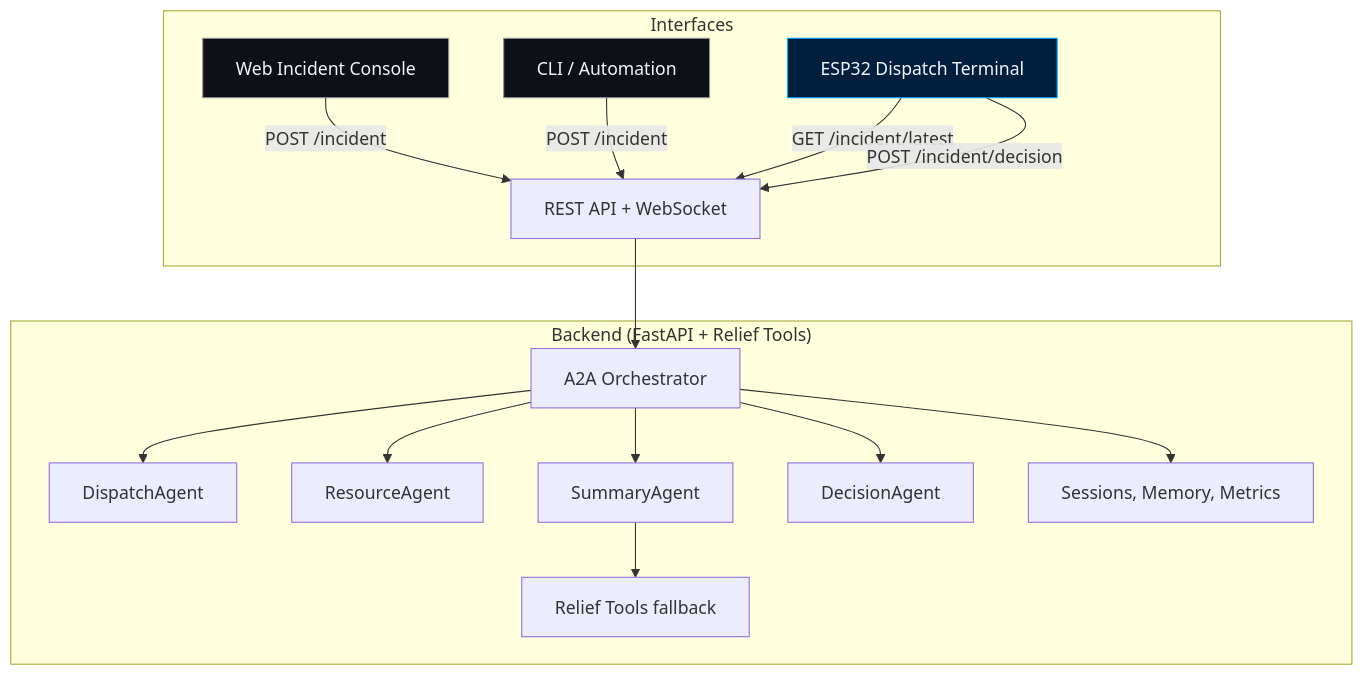
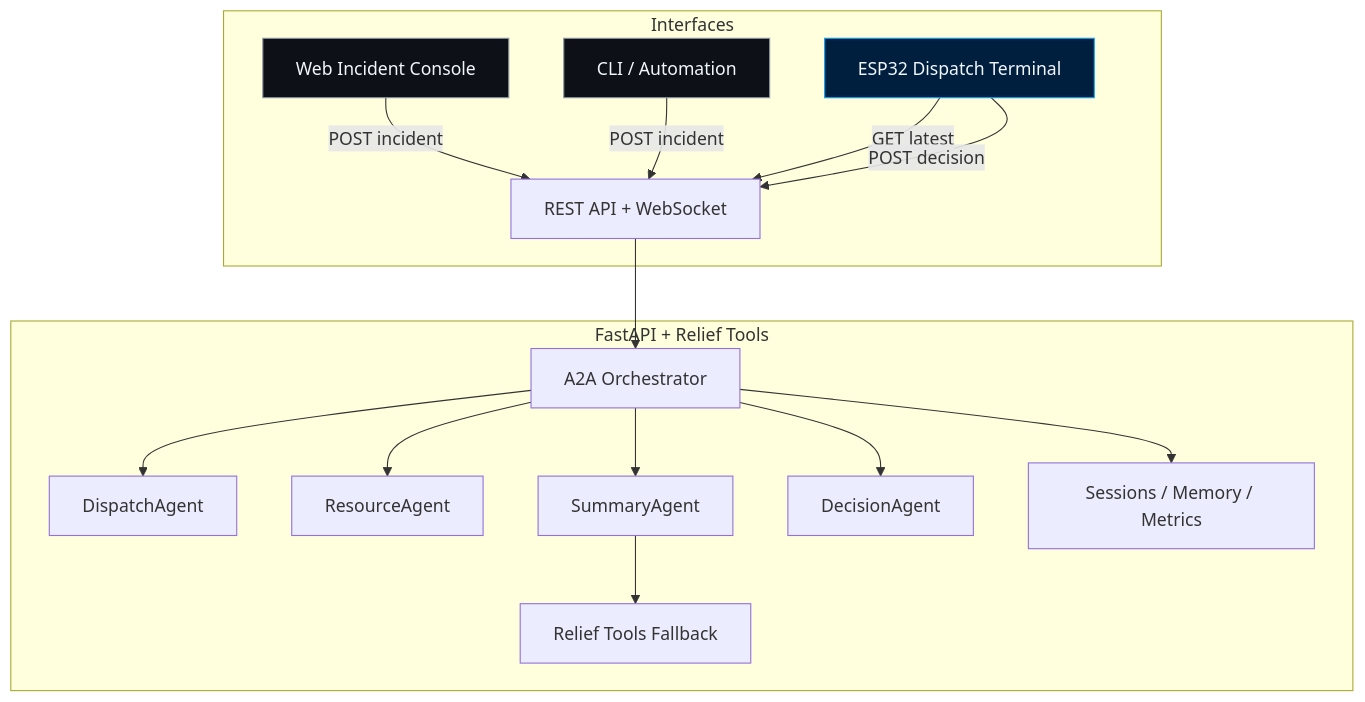
The first of 3 diagrams in README.md (Julien-ser/ResQ-AI_AgenticDispatcher), drawn with Mermaid before and after one commit. The commit also changed other lines of this file, not shown here.

````diff
--- a/README.md
+++ b/README.md
@@ -31,22 +31,22 @@
 ```mermaid
 flowchart TD
     classDef ui fill:#0d1117,stroke:#8b949e,color:#f0f6fc;
     classDef edge fill:#001f3f,stroke:#0aa0f6,color:#f0f6fc;
 
     subgraph Interfaces
-        WF[Web Incident Console]:::ui -->|POST /incident| API
-        CLI[CLI / Automation]:::ui -->|POST /incident| API
-        ESP[ESP32 Dispatch Terminal]:::edge -->|GET /incident/latest| API
-        ESP -->|POST /incident/decision| API
+        WF[Web Incident Console]:::ui -->|POST incident| API
+        CLI[CLI / Automation]:::ui -->|POST incident| API
+        ESP[ESP32 Dispatch Terminal]:::edge -->|GET latest| API
+        ESP -->|POST decision| API
     end
 
-    subgraph Backend["Backend (FastAPI + Relief Tools)"]
+    subgraph Backend["FastAPI + Relief Tools"]
         API[REST API + WebSocket] --> ORCH[A2A Orchestrator]
         ORCH --> DA[DispatchAgent]
         ORCH --> RA[ResourceAgent]
         ORCH --> SA[SummaryAgent]
         ORCH --> DCA[DecisionAgent]
-        SA --> RT[Relief Tools fallback]
-        ORCH --> STATE[Sessions, Memory, Metrics]
+        SA --> RT[Relief Tools Fallback]
+        ORCH --> STATE[Sessions / Memory / Metrics]
     end
 ```
````
